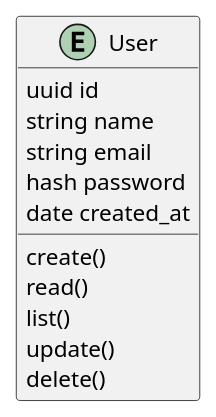
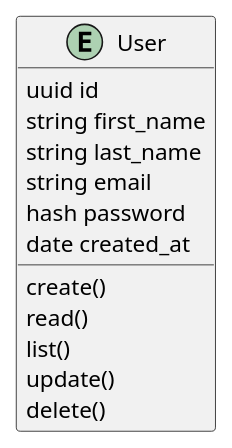
Before and after one commit to isaporto/login-node: the diagram in uml/entities/user.wsd, drawn with PlantUML. The commit also changed 4 other files, not shown here.

```diff
--- a/uml/entities/user.wsd
+++ b/uml/entities/user.wsd
@@ -1,17 +1,18 @@
 @startuml Class User Diagram
 
 entity User
 
 User : uuid id
-User : string name
+User : string first_name
+User : string last_name
 User : string email
 User : hash password
 User : date created_at
 
 User : create()
 User : read()
 User : list()
 User : update()
 User : delete()
 
 @enduml
```
